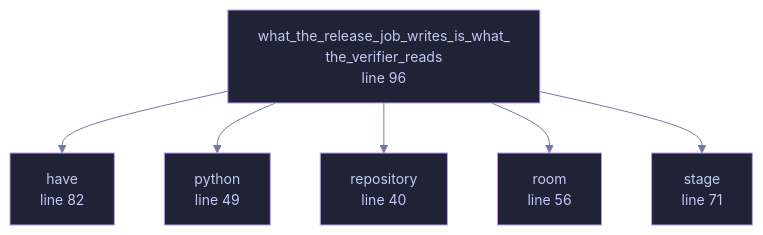
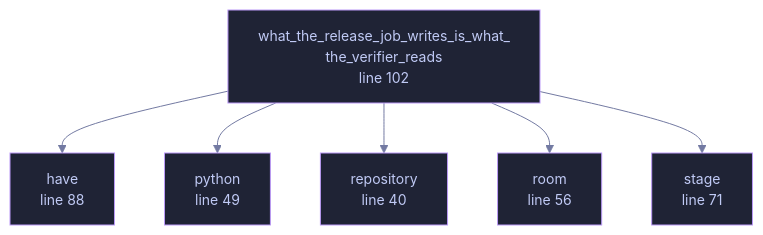
Before and after one commit to tilas01/veilvoice: the diagram in docs/files/veilvoice-verify/tests-release_manifest.md, drawn with Mermaid. The commit also changed other lines of this file and 22 other files, not shown here.

````diff
--- a/docs/files/veilvoice-verify/tests-release_manifest.md
+++ b/docs/files/veilvoice-verify/tests-release_manifest.md
@@ -77,23 +77,23 @@
 ```mermaid
 %%{init: {"theme":"base","themeVariables":{"background":"#1a1b26","primaryColor":"#1f2335","primaryTextColor":"#c0caf5","primaryBorderColor":"#7aa2f7","secondaryColor":"#16161e","tertiaryColor":"#16161e","lineColor":"#737aa2","textColor":"#c0caf5","mainBkg":"#1f2335","nodeBorder":"#7aa2f7","clusterBkg":"#16161e","clusterBorder":"#2f3549","fontFamily":"ui-monospace, SFMono-Regular, Consolas, monospace","fontSize":"14px"}}}%%
 flowchart TD
     n_repository["repository<br/>line 40"]
     n_python["python<br/>line 49"]
     n_room["room<br/>line 56"]
     n_stage["stage<br/>line 71"]
-    n_have["have<br/>line 82"]
-    n_what_the_release_job_writes_is_what_the_verifier_reads["what_the_release_job_writes_is_what_<br/>the_verifier_reads<br/>line 96"]
+    n_have["have<br/>line 88"]
+    n_what_the_release_job_writes_is_what_the_verifier_reads["what_the_release_job_writes_is_what_<br/>the_verifier_reads<br/>line 102"]
     n_what_the_release_job_writes_is_what_the_verifier_reads --> n_have
     n_what_the_release_job_writes_is_what_the_verifier_reads --> n_python
     n_what_the_release_job_writes_is_what_the_verifier_reads --> n_repository
     n_what_the_release_job_writes_is_what_the_verifier_reads --> n_room
     n_what_the_release_job_writes_is_what_the_verifier_reads --> n_stage
     click n_repository href "https://github.com/tilas01/veilvoice/blob/main/crates/veilvoice-verify/tests/release_manifest.rs#L40" "open the source"
     click n_python href "https://github.com/tilas01/veilvoice/blob/main/crates/veilvoice-verify/tests/release_manifest.rs#L49" "open the source"
     click n_room href "https://github.com/tilas01/veilvoice/blob/main/crates/veilvoice-verify/tests/release_manifest.rs#L56" "open the source"
     click n_stage href "https://github.com/tilas01/veilvoice/blob/main/crates/veilvoice-verify/tests/release_manifest.rs#L71" "open the source"
-    click n_have href "https://github.com/tilas01/veilvoice/blob/main/crates/veilvoice-verify/tests/release_manifest.rs#L82" "open the source"
-    click n_what_the_release_job_writes_is_what_the_verifier_reads href "https://github.com/tilas01/veilvoice/blob/main/crates/veilvoice-verify/tests/release_manifest.rs#L96" "open the source"
+    click n_have href "https://github.com/tilas01/veilvoice/blob/main/crates/veilvoice-verify/tests/release_manifest.rs#L88" "open the source"
+    click n_what_the_release_job_writes_is_what_the_verifier_reads href "https://github.com/tilas01/veilvoice/blob/main/crates/veilvoice-verify/tests/release_manifest.rs#L102" "open the source"
     classDef helper fill:#1f2335,stroke:#bb9af7,color:#c0caf5
     class n_repository,n_python,n_room,n_stage,n_have,n_what_the_release_job_writes_is_what_the_verifier_reads helper
 ```
````
